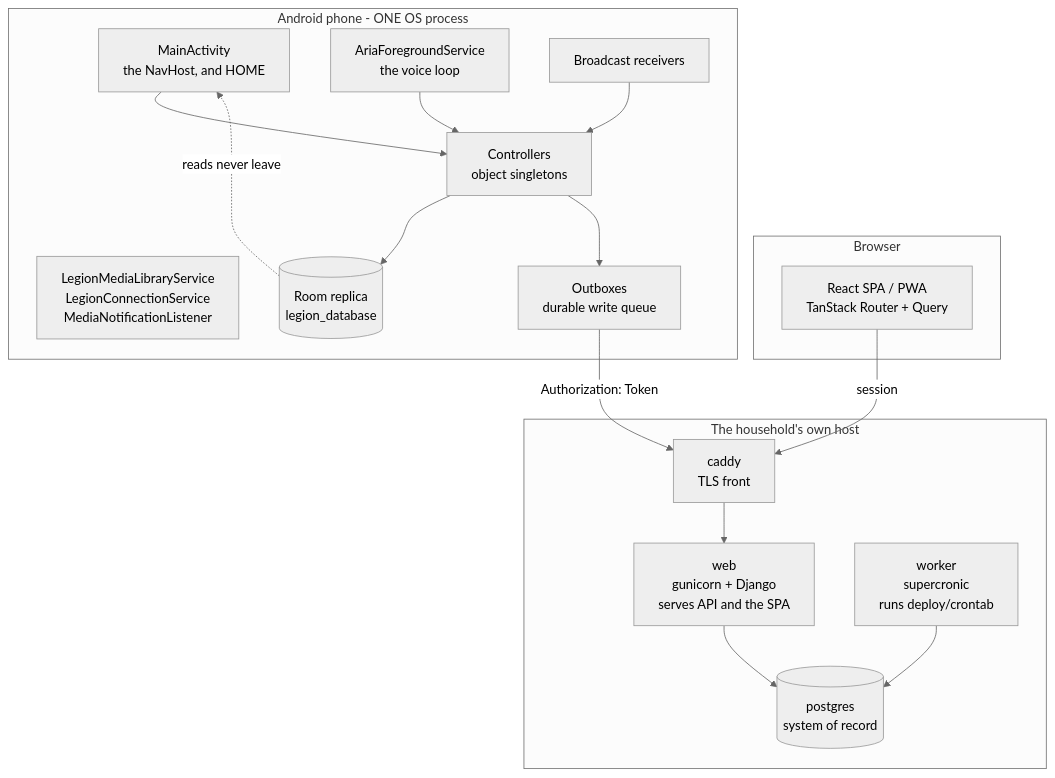
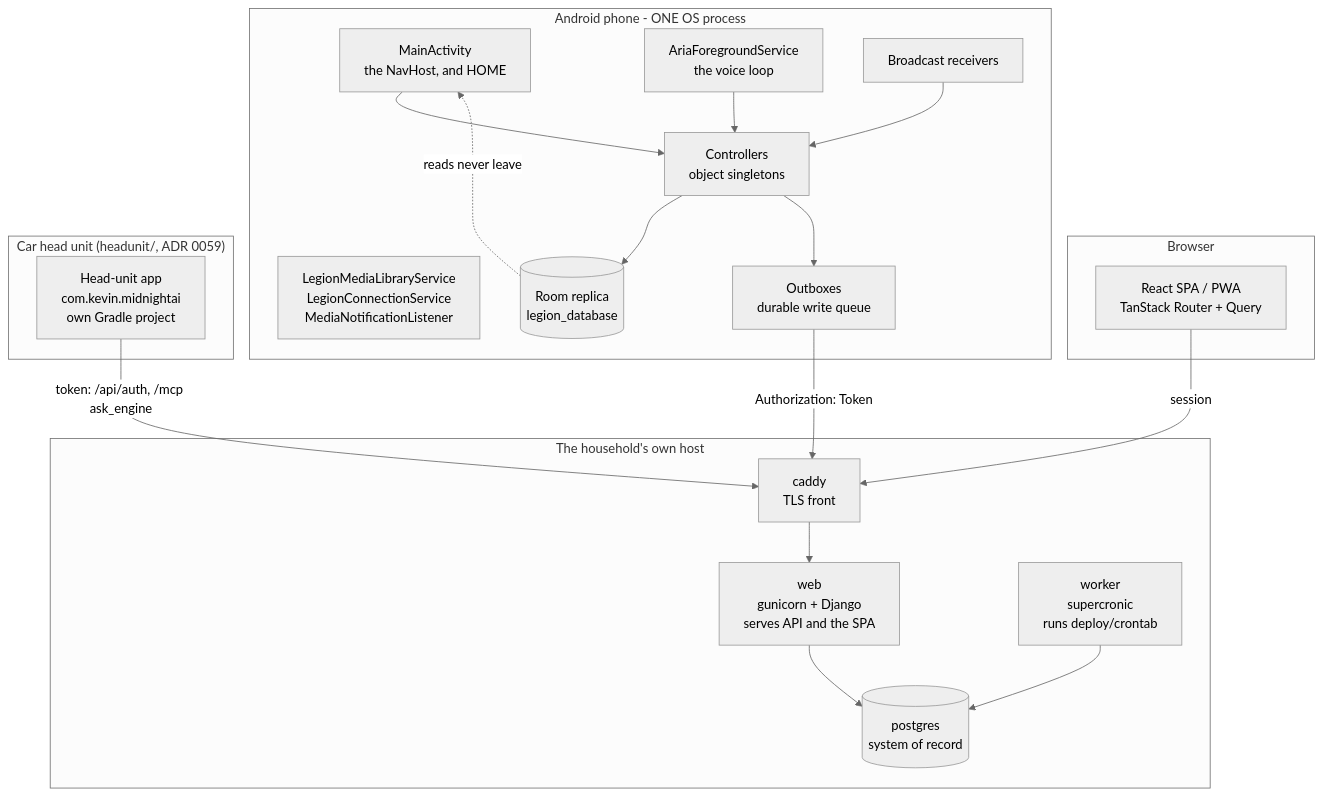
Before and after one commit to kevinmyo-code/legion: the diagram in docs/architecture/c2-containers.md, drawn with Mermaid (neutral theme). The commit also changed other lines of this file and 454 other files, not shown here.

First line of the commit message:
Move Midnight into LEGION as headunit/, the head-unit limb of the engine

````diff
--- a/docs/architecture/c2-containers.md
+++ b/docs/architecture/c2-containers.md
@@ -14,35 +14,40 @@
 ```mermaid
 graph TB
     subgraph Host["The household's own host"]
         Web["web<br/>gunicorn + Django<br/>serves API and the SPA"]
         Worker["worker<br/>supercronic<br/>runs deploy/crontab"]
         PG[("postgres<br/>system of record")]
         Caddy["caddy<br/>TLS front"]
         Caddy --> Web
         Web --> PG
         Worker --> PG
     end
 
     subgraph Browser["Browser"]
         SPA["React SPA / PWA<br/>TanStack Router + Query"]
     end
 
     subgraph Phone["Android phone - ONE OS process"]
         MA["MainActivity<br/>the NavHost, and HOME"]
         AFS["AriaForegroundService<br/>the voice loop"]
         Svc["LegionMediaLibraryService<br/>LegionConnectionService<br/>MediaNotificationListener"]
         RX["Broadcast receivers"]
         Ctl["Controllers<br/>object singletons"]
         Room[("Room replica<br/>legion_database")]
         OB["Outboxes<br/>durable write queue"]
     end
 
+    subgraph Car["Car head unit (headunit/, ADR 0059)"]
+        HU["Head-unit app<br/>com.kevin.midnightai<br/>own Gradle project"]
+    end
+
     SPA -->|"session"| Caddy
+    HU -->|"token: /api/auth, /mcp ask_engine"| Caddy
     MA --> Ctl
     AFS --> Ctl
     RX --> Ctl
     Ctl --> Room
     Ctl --> OB
     OB -->|"Authorization: Token"| Caddy
     Room -.->|"reads never leave"| MA
 ```
````
